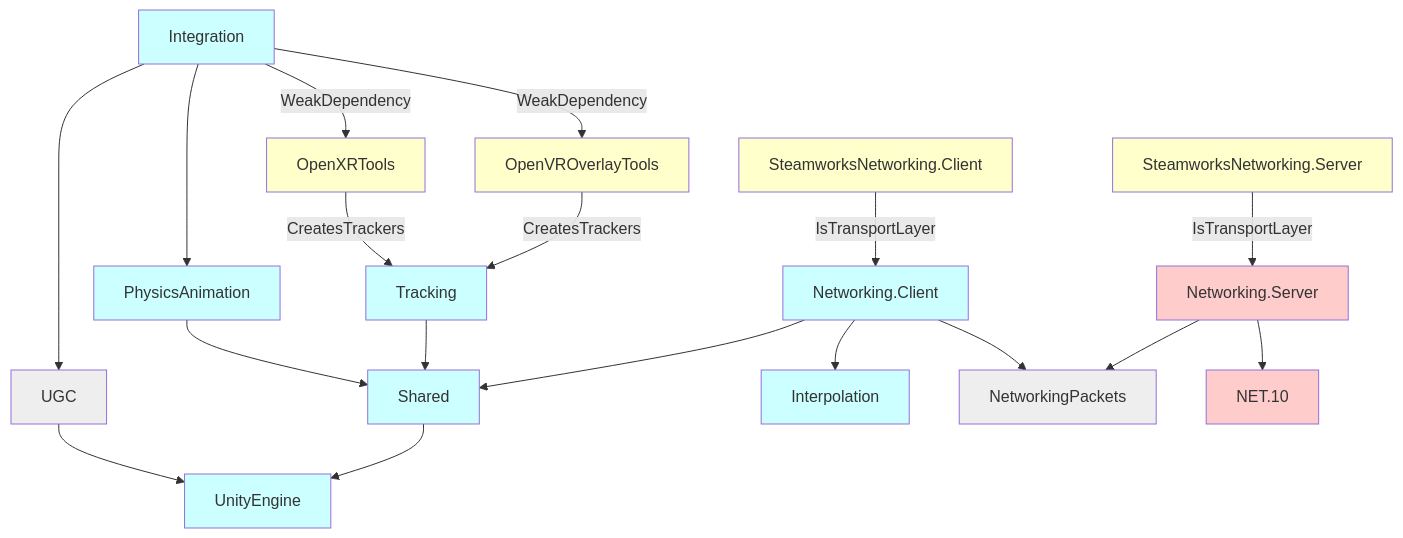
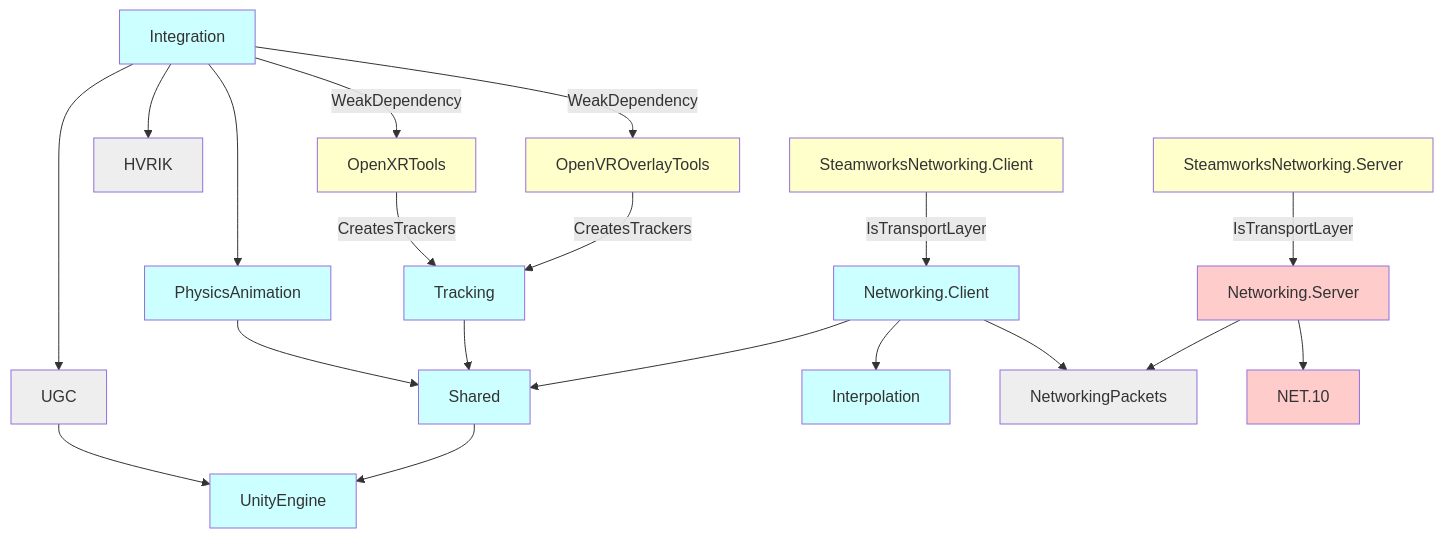
One commit to hai-vr/documentation changed the diagram in docs/hvr/core/structure.md. Above: the diagram before and after it, drawn with Mermaid. The commit also changed other lines of this file, not shown here.

````diff
--- a/docs/hvr/core/structure.md
+++ b/docs/hvr/core/structure.md
@@ -13,32 +16,33 @@
 ```mermaid
 graph TD;
     PhysicsAnimation-->Shared:::unity;
     Tracking-->Shared:::unity;
     OpenXRTools:::vendor-->|CreatesTrackers|Tracking:::unity;
+    Integration-->HVRIK:::neutral;
     OpenVROverlayTools:::vendor-->|CreatesTrackers|Tracking:::unity;
     
     Integration:::unity-->|WeakDependency|OpenXRTools;
     Integration-->|WeakDependency|OpenVROverlayTools;
     Integration-->PhysicsAnimation:::unity;
     Integration-->UGC:::neutral;
     
     Networking.Client:::unity-->Interpolation:::unity;
     Networking.Client-->NetworkingPackets:::neutral;
     Networking.Client-->Shared:::unity;
     
     UGC-->UnityEngine:::neutral;
     Shared-->UnityEngine:::unity;
     
     Networking.Server:::dotnet10-->NetworkingPackets
     Networking.Server-->NET.10:::dotnet10;
     
     SteamworksNetworking.Client:::vendor-->|IsTransportLayer|Networking.Client
     SteamworksNetworking.Server:::vendor-->|IsTransportLayer|Networking.Server
     
     classDef disabled fill:#CCC
     classDef neutral fill:#EEE
     classDef roots fill:#FCC
     classDef unity fill:#CFF
     classDef dotnet10 fill:#FCC
     classDef vendor fill:#FFC
 ```
````
